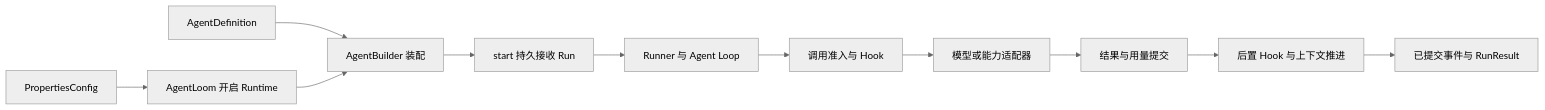
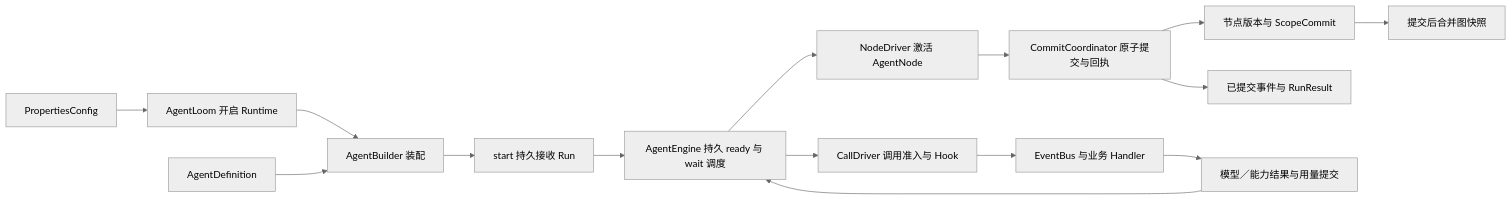
Before and after one commit to dujian0068/agent-loom: the diagram in docs/sdk/implementation.md, drawn with Mermaid (neutral theme). The commit also changed other lines of this file and 80 other files, not shown here.

````diff
--- a/docs/sdk/implementation.md
+++ b/docs/sdk/implementation.md
@@ -43,13 +66,17 @@
 ```mermaid
 flowchart LR
     P[PropertiesConfig] --> A[AgentLoom 开启 Runtime]
     D[AgentDefinition] --> B[AgentBuilder 装配]
     A --> B
     B --> S[start 持久接收 Run]
-    S --> R[Runner 与 Agent Loop]
-    R --> C[调用准入与 Hook]
-    C --> H[模型或能力适配器]
-    H --> F[结果与用量提交]
-    F --> E[后置 Hook 与上下文推进]
-    E --> O[已提交事件与 RunResult]
+    S --> G[AgentEngine 持久 ready 与 wait 调度]
+    G --> N[NodeDriver 激活 AgentNode]
+    N --> T[CommitCoordinator 原子提交与回执]
+    T --> J[节点版本与 ScopeCommit]
+    J --> K[提交后合并图快照]
+    G --> C[CallDriver 调用准入与 Hook]
+    C --> H[EventBus 与业务 Handler]
+    H --> F[模型／能力结果与用量提交]
+    F --> G
+    T --> O[已提交事件与 RunResult]
 ```
````
